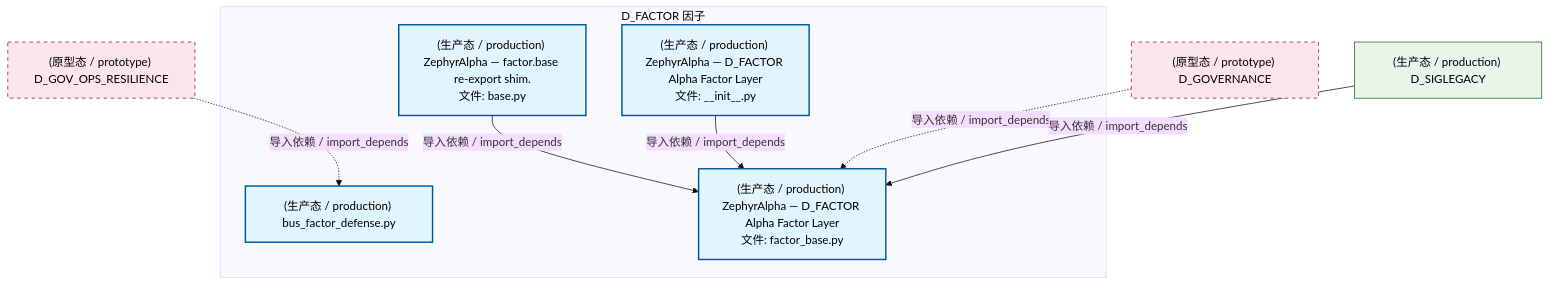
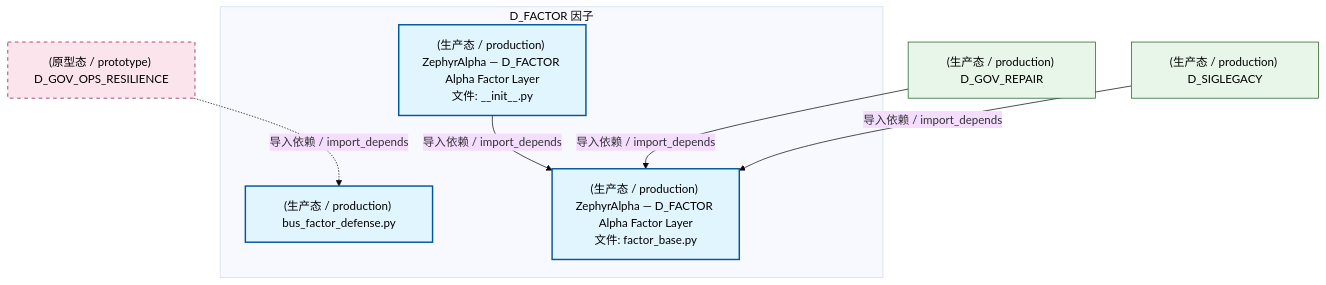
The second of 4 diagrams in docs/02_enterprise_architecture/02_domain_architecture_docs/36_d_factor.md (xuanFelixVan/ZephyrAlpha), drawn with Mermaid (base theme) before and after one commit. The commit also changed other lines of this file and 126 other files, not shown here.

````diff
--- a/docs/02_enterprise_architecture/02_domain_architecture_docs/36_d_factor.md
+++ b/docs/02_enterprise_architecture/02_domain_architecture_docs/36_d_factor.md
@@ -120,24 +117,22 @@
 ```mermaid
 graph TD
     subgraph D_FACTOR["D_FACTOR 因子"]
         src_zephyr_factor_init_py["(生产态 / production) ZephyrAlpha — D_FACTOR Alpha Factor Layer<br/>文件: __init__.py"]
-        src_zephyr_factor_base_py["(生产态 / production) ZephyrAlpha — factor.base re-export shim.<br/>文件: base.py"]
         src_zephyr_factor_bus_factor_defense_py["(生产态 / production) bus_factor_defense.py"]
         src_zephyr_factor_factor_base_py["(生产态 / production) ZephyrAlpha — D_FACTOR Alpha Factor Layer<br/>文件: factor_base.py"]
     end
-    src_zephyr_factor_base_py -->|导入依赖 / import_depends| src_zephyr_factor_factor_base_py
     src_zephyr_factor_init_py -->|导入依赖 / import_depends| src_zephyr_factor_factor_base_py
-    D_GOVERNANCE["(原型态 / prototype) D_GOVERNANCE"]
-    D_GOVERNANCE -.->|导入依赖 / import_depends| src_zephyr_factor_factor_base_py
+    D_GOV_REPAIR["(生产态 / production) D_GOV_REPAIR"]
+    D_GOV_REPAIR -->|导入依赖 / import_depends| src_zephyr_factor_factor_base_py
+    D_GOV_OPS_RESILIENCE["(原型态 / prototype) D_GOV_OPS_RESILIENCE"]
+    D_GOV_OPS_RESILIENCE -.->|导入依赖 / import_depends| src_zephyr_factor_bus_factor_defense_py
     D_SIGLEGACY["(生产态 / production) D_SIGLEGACY"]
     D_SIGLEGACY -->|导入依赖 / import_depends| src_zephyr_factor_factor_base_py
-    D_GOV_OPS_RESILIENCE["(原型态 / prototype) D_GOV_OPS_RESILIENCE"]
-    D_GOV_OPS_RESILIENCE -.->|导入依赖 / import_depends| src_zephyr_factor_bus_factor_defense_py
     classDef production fill:#e1f5fe,stroke:#01579b,stroke-width:2px,color:#000
     classDef design fill:#fff3e0,stroke:#e65100,stroke-width:2px,color:#000,stroke-dasharray: 5 5
     classDef external_prod fill:#e8f5e9,stroke:#1b5e20,stroke-width:1px,color:#000
     classDef external_design fill:#fce4ec,stroke:#880e4f,stroke-width:1px,color:#000,stroke-dasharray: 5 5
-    class src_zephyr_factor_init_py,src_zephyr_factor_base_py,src_zephyr_factor_bus_factor_defense_py,src_zephyr_factor_factor_base_py production
-    class D_SIGLEGACY external_prod
-    class D_GOVERNANCE,D_GOV_OPS_RESILIENCE external_design
+    class src_zephyr_factor_init_py,src_zephyr_factor_bus_factor_defense_py,src_zephyr_factor_factor_base_py production
+    class D_GOV_REPAIR,D_SIGLEGACY external_prod
+    class D_GOV_OPS_RESILIENCE external_design
 ```
````
